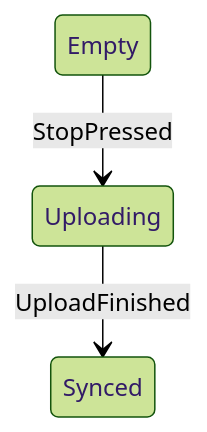
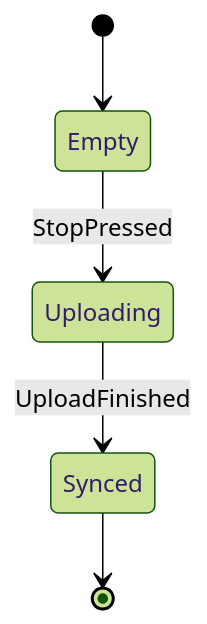
The second of 2 diagrams in docs/examples/mini-recorder.md (josecleiton/crux_analyzer), drawn with Mermaid (forest theme) before and after one commit. The commit also changed other lines of this file and 7 other files, not shown here.

````diff
--- a/docs/examples/mini-recorder.md
+++ b/docs/examples/mini-recorder.md
@@ -71,5 +73,7 @@
 ```mermaid
 stateDiagram-v2
     Empty --> Uploading: StopPressed
     Uploading --> Synced: UploadFinished
+    [*] --> Empty
+    Synced --> [*]
 ```
````
